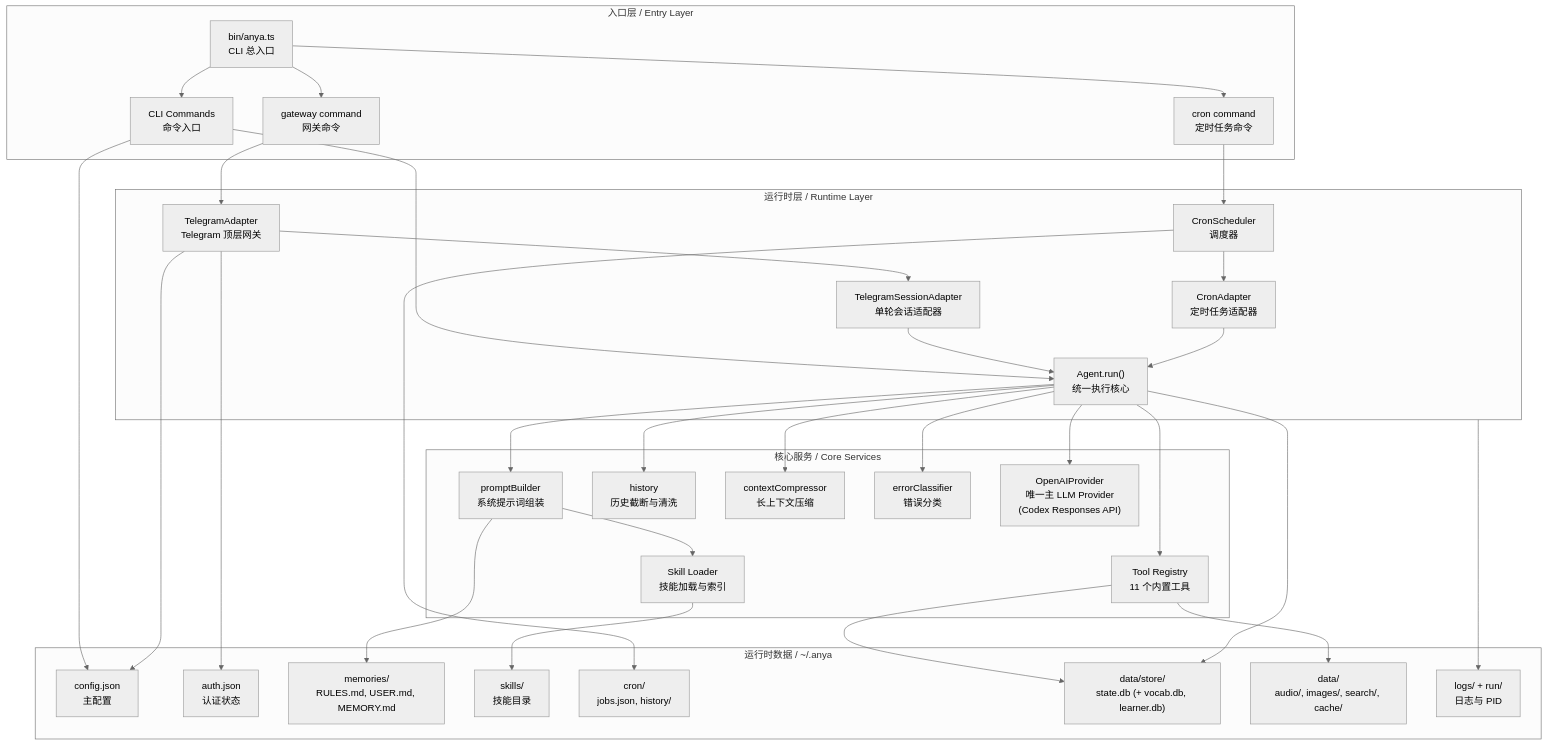
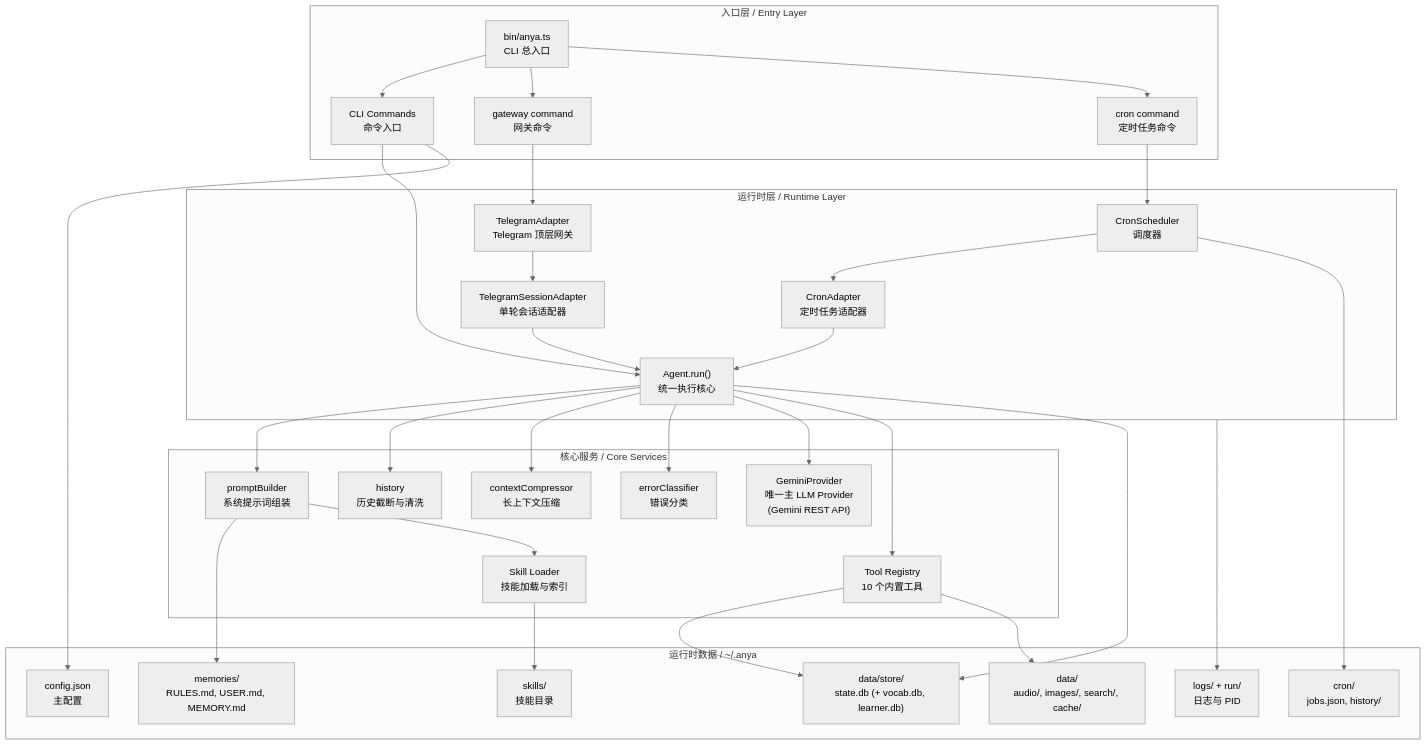
The first of 13 diagrams in docs/architecture-diagrams.md (boltguo/anya), drawn with Mermaid (neutral theme) before and after one commit. The commit also changed other lines of this file and 48 other files, not shown here.

````diff
--- a/docs/architecture-diagrams.md
+++ b/docs/architecture-diagrams.md
@@ -13,71 +13,68 @@
 ```mermaid
 graph TB
   subgraph Entry["入口层 / Entry Layer"]
     BIN["bin/anya.ts\nCLI 总入口"]
     CLI["CLI Commands\n命令入口"]
     GWCMD["gateway command\n网关命令"]
     CRONCMD["cron command\n定时任务命令"]
   end
 
   subgraph Runtime["运行时层 / Runtime Layer"]
     AGENT["Agent.run()\n统一执行核心"]
     TGADAPTER["TelegramAdapter\nTelegram 顶层网关"]
     TGSESSION["TelegramSessionAdapter\n单轮会话适配器"]
     SCHED["CronScheduler\n调度器"]
     CRONADAPTER["CronAdapter\n定时任务适配器"]
   end
 
   subgraph Core["核心服务 / Core Services"]
     PROMPT["promptBuilder\n系统提示词组装"]
     HISTORY["history\n历史截断与清洗"]
     COMPRESS["contextCompressor\n长上下文压缩"]
     ERR["errorClassifier\n错误分类"]
-    PROVIDER["OpenAIProvider\n唯一主 LLM Provider\n(Codex Responses API)"]
-    TOOLS["Tool Registry\n11 个内置工具"]
+    PROVIDER["GeminiProvider\n唯一主 LLM Provider\n(Gemini REST API)"]
+    TOOLS["Tool Registry\n10 个内置工具"]
     SKILLS["Skill Loader\n技能加载与索引"]
   end
 
   subgraph Data["运行时数据 / ~/.anya"]
     CONFIG["config.json\n主配置"]
-    AUTH["auth.json\n认证状态"]
     MEM["memories/\nRULES.md, USER.md, MEMORY.md"]
     SKDIR["skills/\n技能目录"]
     CRONDIR["cron/\njobs.json, history/"]
     STORE["data/store/\nstate.db (+ vocab.db, learner.db)"]
     MEDIA["data/\naudio/, images/, search/, cache/"]
     LOGS["logs/ + run/\n日志与 PID"]
   end
 
   BIN --> CLI
   BIN --> GWCMD
   BIN --> CRONCMD
 
   CLI --> AGENT
   GWCMD --> TGADAPTER
   TGADAPTER --> TGSESSION
   TGSESSION --> AGENT
 
   CRONCMD --> SCHED
   SCHED --> CRONADAPTER
   CRONADAPTER --> AGENT
 
   AGENT --> PROMPT
   AGENT --> HISTORY
   AGENT --> COMPRESS
   AGENT --> ERR
   AGENT --> PROVIDER
   AGENT --> TOOLS
 
   PROMPT --> MEM
   PROMPT --> SKILLS
   SKILLS --> SKDIR
 
   TOOLS --> STORE
   TOOLS --> MEDIA
   AGENT --> STORE
   CLI --> CONFIG
-  TGADAPTER --> CONFIG
-  TGADAPTER --> AUTH
   SCHED --> CRONDIR
   Runtime --> LOGS
 ```
````
